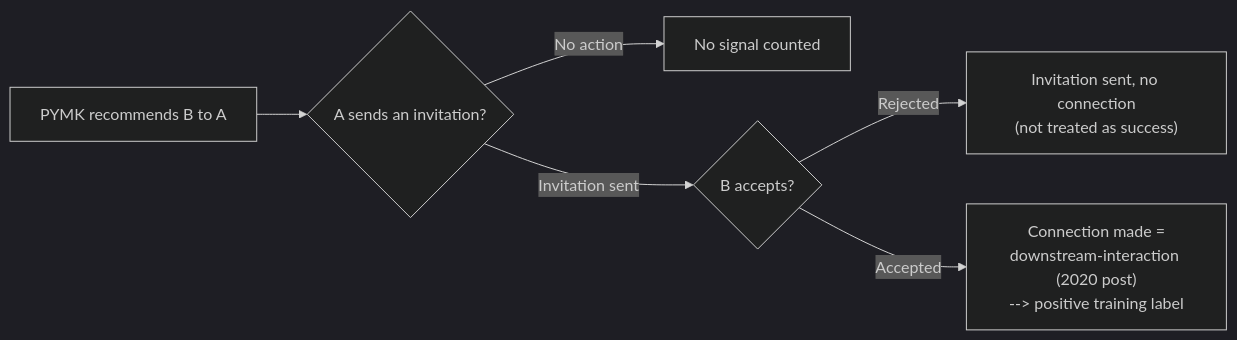
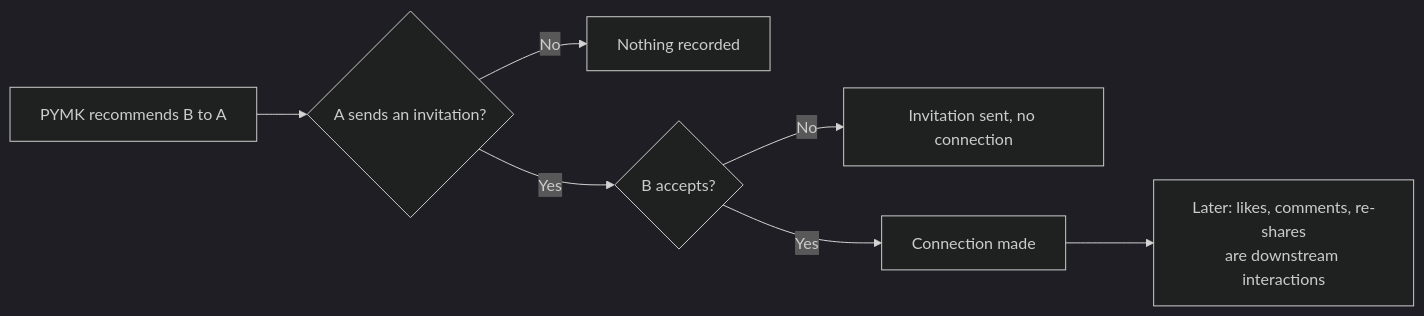
Before and after one commit to romancobblepot/AI-system-design-primer: the first of 6 diagrams in case-studies/pymk-friend-recommendation/README.md, drawn with Mermaid (dark theme). The commit also changed other lines of this file and 49 other files, not shown here.

````diff
--- a/case-studies/pymk-friend-recommendation/README.md
+++ b/case-studies/pymk-friend-recommendation/README.md
@@ -28,8 +49,9 @@
 ```mermaid
 flowchart LR
     A["PYMK recommends B to A"] --> B{"A sends an invitation?"}
-    B -->|"No action"| C["No signal counted"]
-    B -->|"Invitation sent"| D{"B accepts?"}
-    D -->|"Rejected"| E["Invitation sent, no connection\n(not treated as success)"]
-    D -->|"Accepted"| F["Connection made =\ndownstream-interaction (2020 post)\n--> positive training label"]
+    B -->|"No"| C["Nothing recorded"]
+    B -->|"Yes"| D{"B accepts?"}
+    D -->|"No"| E["Invitation sent, no connection"]
+    D -->|"Yes"| F["Connection made"]
+    F --> G["Later: likes, comments, re-shares\nare downstream interactions"]
 ```
````
